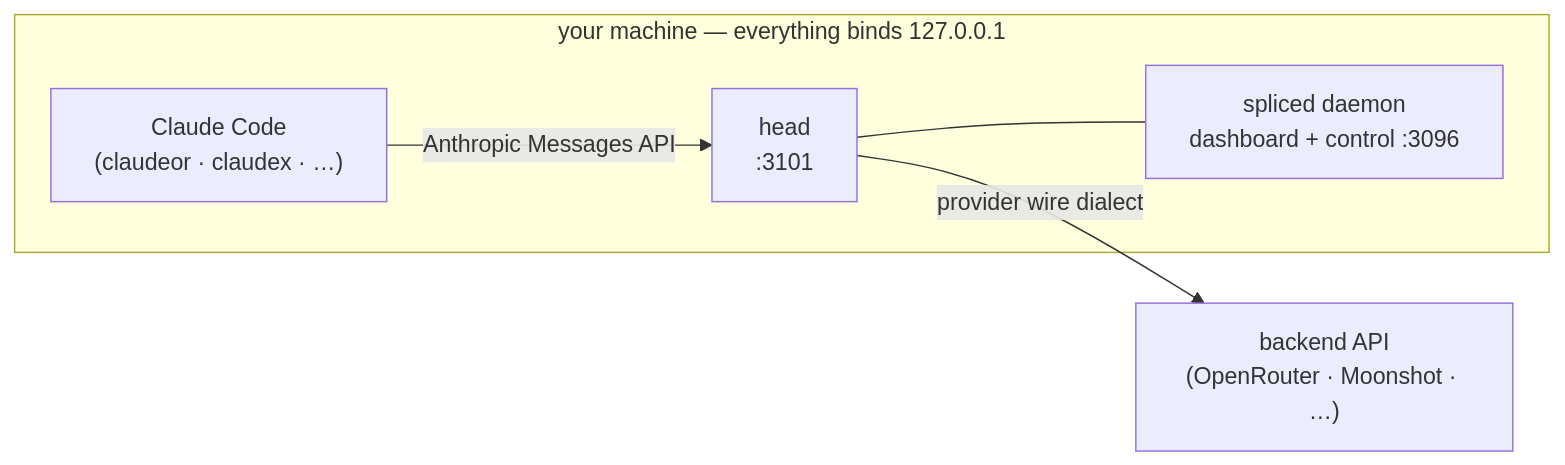
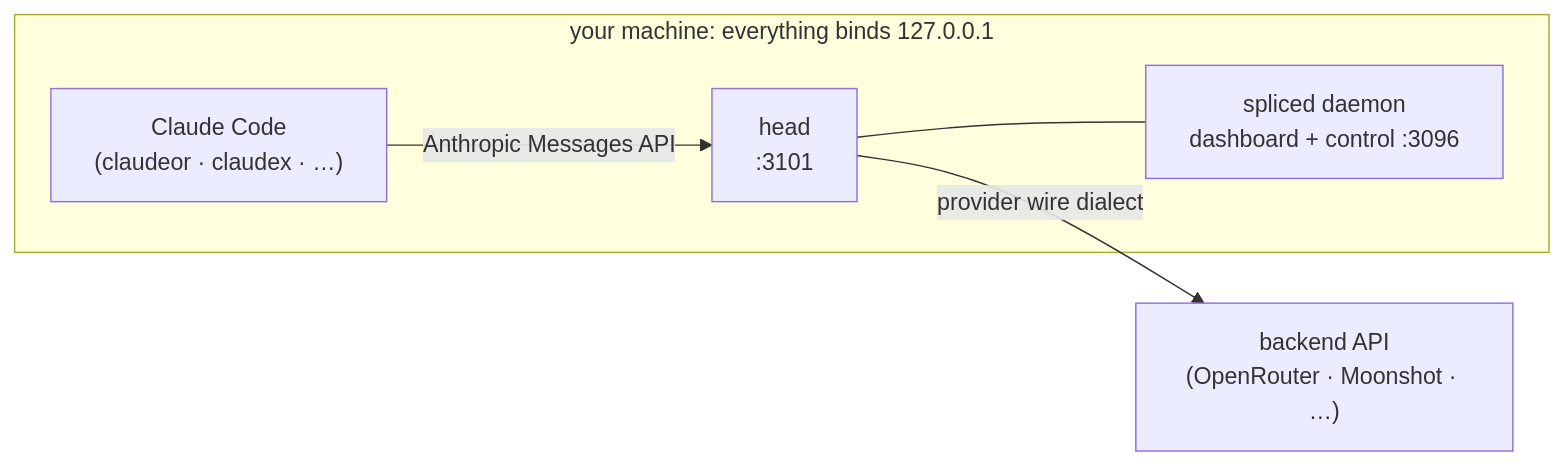
The diagram in README.md (torad-labs/splice), drawn with Mermaid before and after one commit. The commit also changed other lines of this file and 2 other files, not shown here.

````diff
--- a/README.md
+++ b/README.md
@@ -48,11 +48,11 @@
 ```mermaid
 flowchart LR
-    subgraph machine["your machine — everything binds 127.0.0.1"]
+    subgraph machine["your machine: everything binds 127.0.0.1"]
         CC["Claude Code<br/>(claudeor · claudex · …)"]
         HEAD["head<br/>:3101"]
         D["spliced daemon<br/>dashboard + control :3096"]
         CC -- "Anthropic Messages API" --> HEAD
         HEAD --- D
     end
     HEAD -- "provider wire dialect" --> API["backend API<br/>(OpenRouter · Moonshot · …)"]
 ```
````
